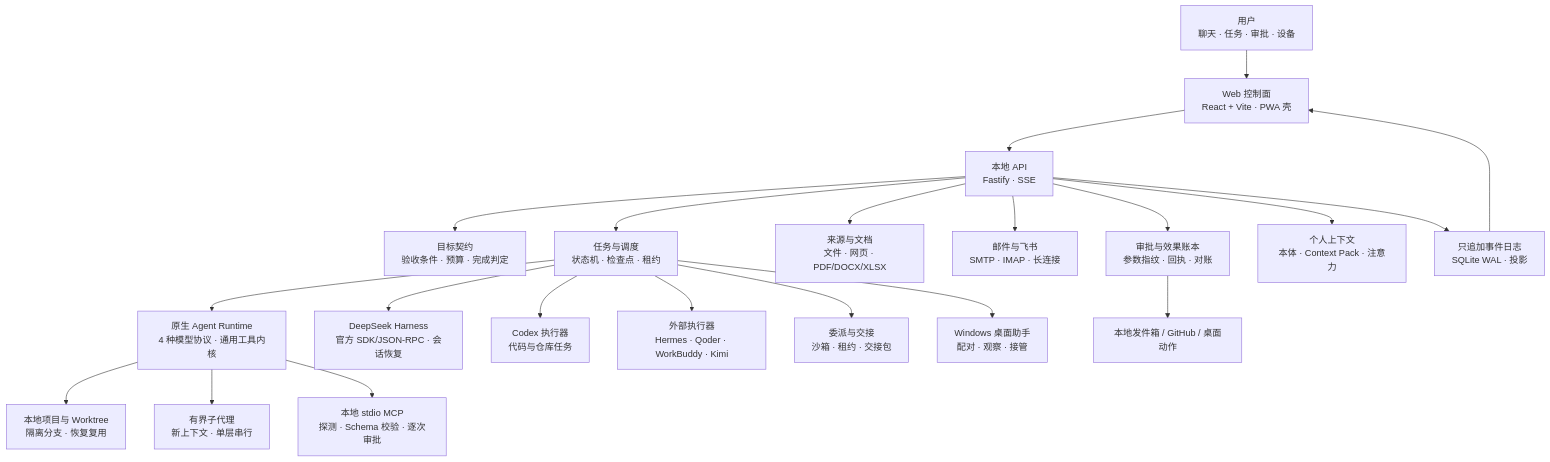
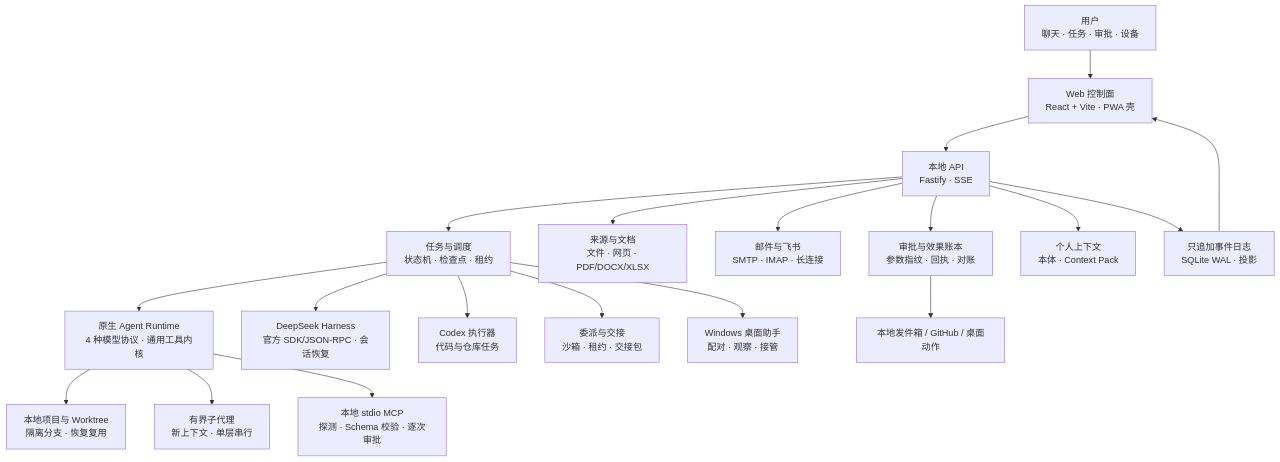
Before and after one commit to hearthproject/hearth-os: the diagram in README.md, drawn with Mermaid. The commit also changed other lines of this file and 8 other files, not shown here.

````diff
--- a/README.md
+++ b/README.md
@@ -162,23 +160,21 @@
 ```mermaid
 flowchart TB
   U["用户<br/>聊天 · 任务 · 审批 · 设备"] --> W["Web 控制面<br/>React + Vite · PWA 壳"]
   W --> A["本地 API<br/>Fastify · SSE"]
-  A --> G["目标契约<br/>验收条件 · 预算 · 完成判定"]
   A --> S["任务与调度<br/>状态机 · 检查点 · 租约"]
   S --> N["原生 Agent Runtime<br/>4 种模型协议 · 通用工具内核"]
   N --> PJ["本地项目与 Worktree<br/>隔离分支 · 恢复复用"]
   N --> SA["有界子代理<br/>新上下文 · 单层串行"]
   N --> MCP["本地 stdio MCP<br/>探测 · Schema 校验 · 逐次审批"]
   S --> H["DeepSeek Harness<br/>官方 SDK/JSON-RPC · 会话恢复"]
   S --> C["Codex 执行器<br/>代码与仓库任务"]
-  S --> X["外部执行器<br/>Hermes · Qoder · WorkBuddy · Kimi"]
   S --> DG["委派与交接<br/>沙箱 · 租约 · 交接包"]
   S --> D["Windows 桌面助手<br/>配对 · 观察 · 接管"]
   A --> F["来源与文档<br/>文件 · 网页 · PDF/DOCX/XLSX"]
   A --> M["邮件与飞书<br/>SMTP · IMAP · 长连接"]
   A --> P["审批与效果账本<br/>参数指纹 · 回执 · 对账"]
-  A --> K["个人上下文<br/>本体 · Context Pack · 注意力"]
+  A --> K["个人上下文<br/>本体 · Context Pack"]
   A --> E["只追加事件日志<br/>SQLite WAL · 投影"]
   P --> O["本地发件箱 / GitHub / 桌面动作"]
   E --> W
 ```
````
